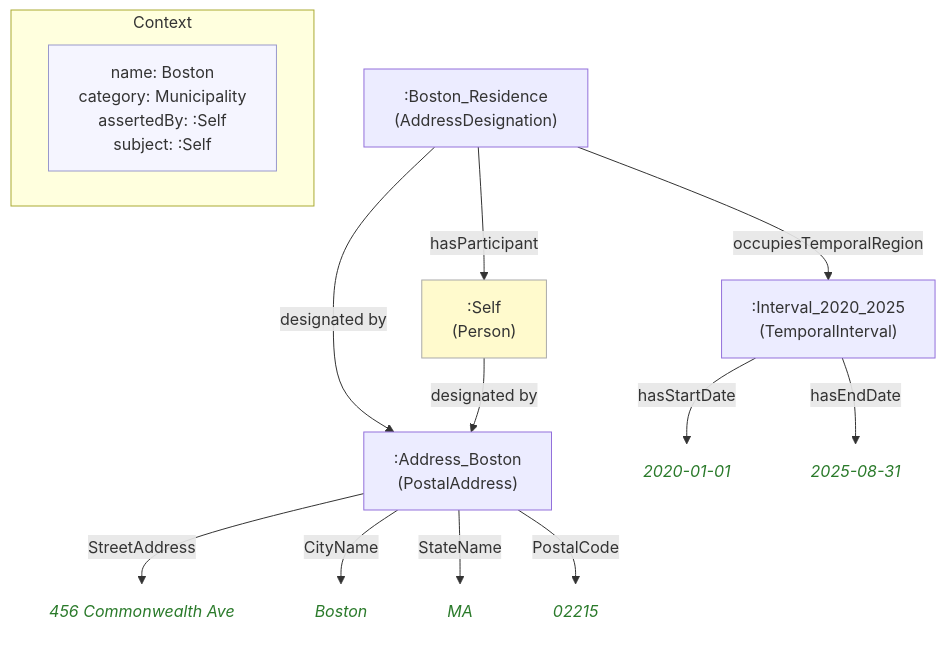
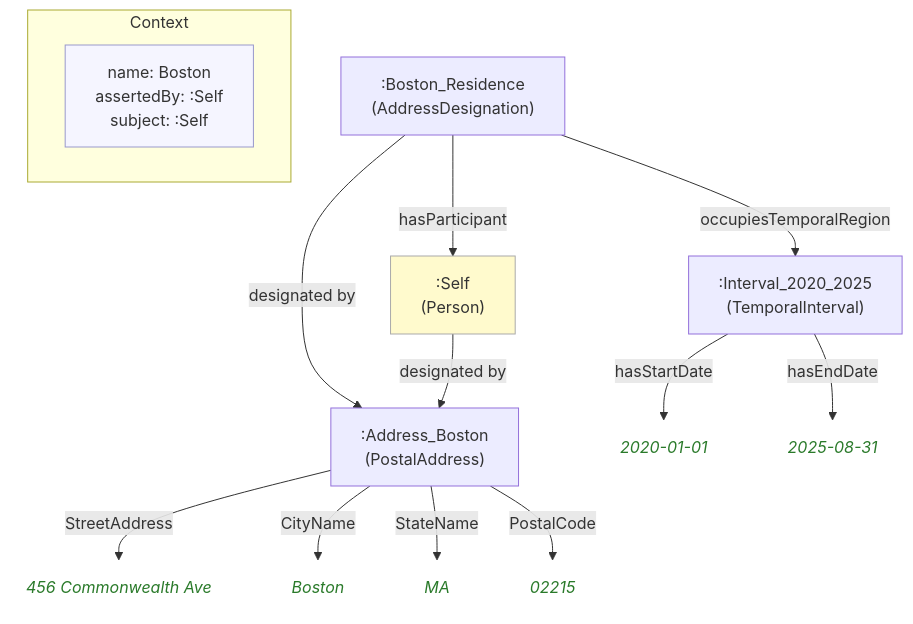
The diagram in example/images/15-alice(boston)alice.mmd (MeeFoundation/mia-ontologies), drawn with Mermaid before and after one commit. The commit also changed 74 other files, not shown here.

First line of the commit message:
Rename c:contextCategory property to c:category (context.ttl v1.0.44)

```diff
--- a/example/images/15-alice(boston)alice.mmd
+++ b/example/images/15-alice(boston)alice.mmd
@@ -1,34 +1,33 @@
-%% ContextCategory: context:Municipality
 flowchart TD
     classDef person fill:#fffacd,stroke:#aaa,color:#333
     classDef grp    fill:#d4edda,stroke:#aaa,color:#333
     classDef org    fill:#cce5ff,stroke:#aaa,color:#333
     classDef lit    fill:none,stroke:none,font-style:italic,color:#2a7a2a
     classDef meta   fill:#f5f5ff,stroke:#9999cc,color:#333
 
     subgraph ctx["Context"]
         direction LR
-        ctx_meta["name: Boston\ncategory: Municipality\nassertedBy: :Self\nsubject: :Self"]:::meta
+        ctx_meta["name: Boston\nassertedBy: :Self\nsubject: :Self"]:::meta
     end
 
     nc67f0317dd3d[":Address_Boston\n(PostalAddress)"]
-    n5035e576616a("456 Commonwealth Ave"):::lit
-    n13cfcc57af81("Boston"):::lit
-    nd436ea548991("MA"):::lit
-    na4847edb4e8e("02215"):::lit
+    n9ba2cbf27c80("456 Commonwealth Ave"):::lit
+    n86a625bf7f99("Boston"):::lit
+    n8cc745a4b608("MA"):::lit
+    na62e92e3211b("02215"):::lit
     n596b411b2d6f[":Boston_Residence\n(AddressDesignation)"]
     ne0c3ba92f1db[":Self\n(Person)"]:::person
     n712165170b98[":Interval_2020_2025\n(TemporalInterval)"]
     n9dc9a14921d5("2020-01-01"):::lit
     n6c16da9fd750("2025-08-31"):::lit
 
-    nc67f0317dd3d -->|"StreetAddress"| n5035e576616a
-    nc67f0317dd3d -->|"CityName"| n13cfcc57af81
-    nc67f0317dd3d -->|"StateName"| nd436ea548991
-    nc67f0317dd3d -->|"PostalCode"| na4847edb4e8e
+    nc67f0317dd3d -->|"StreetAddress"| n9ba2cbf27c80
+    nc67f0317dd3d -->|"CityName"| n86a625bf7f99
+    nc67f0317dd3d -->|"StateName"| n8cc745a4b608
+    nc67f0317dd3d -->|"PostalCode"| na62e92e3211b
     n596b411b2d6f -->|"hasParticipant"| ne0c3ba92f1db
     n596b411b2d6f -->|"designated by"| nc67f0317dd3d
     n596b411b2d6f -->|"occupiesTemporalRegion"| n712165170b98
     n712165170b98 -->|"hasStartDate"| n9dc9a14921d5
     n712165170b98 -->|"hasEndDate"| n6c16da9fd750
     ne0c3ba92f1db -->|"designated by"| nc67f0317dd3d
```
